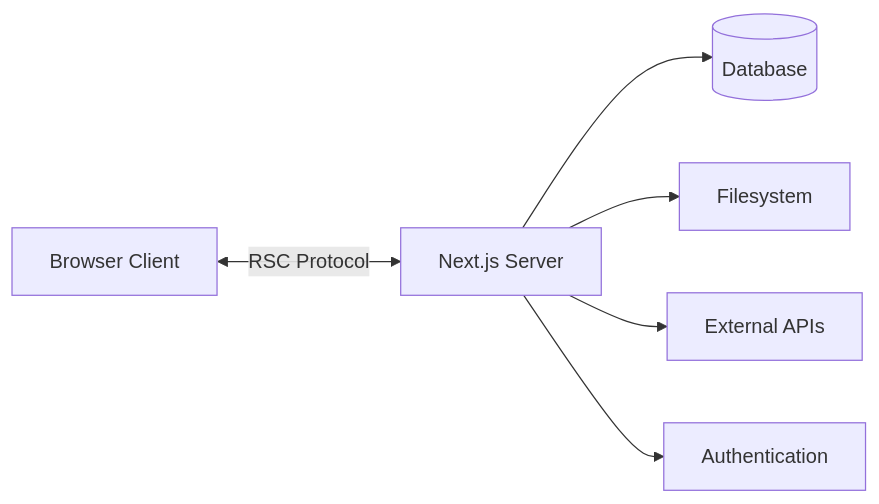
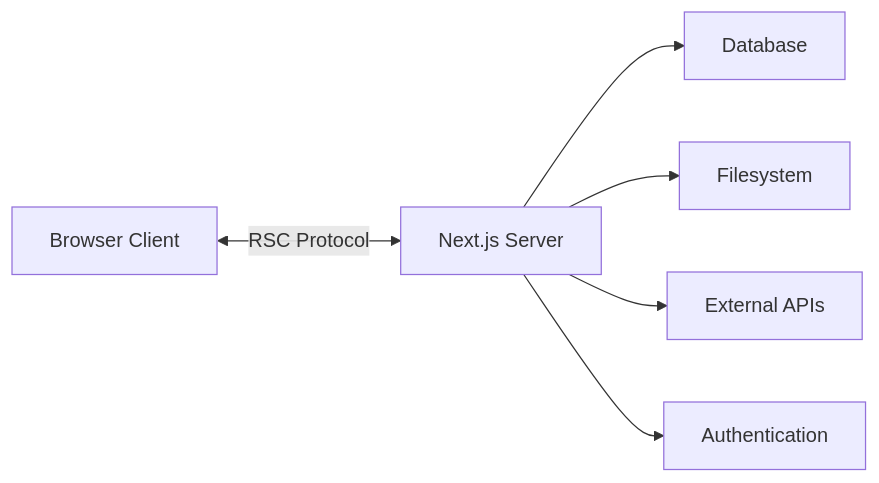
Before and after one commit to seanwhs/Tutorials: the second of 12 diagrams in NextJS/Next-JS-Tutorial/Articles/Modern-Client-Server-Architecture.md, drawn with Mermaid. The commit also changed other lines of this file, not shown here.

````diff
--- a/NextJS/Next-JS-Tutorial/Articles/Modern-Client-Server-Architecture.md
+++ b/NextJS/Next-JS-Tutorial/Articles/Modern-Client-Server-Architecture.md
@@ -40,11 +43,16 @@
 ```mermaid
 graph LR
+    CLIENT[Browser Client]
+    SERVER[Next.js Server]
+    DB[Database]
+    FS[Filesystem]
+    EXT[External APIs]
+    AUTH[Authentication]
 
-A[Browser Client]
-    <-->|RSC Protocol| B[Next.js Server]
+    CLIENT <-->|RSC Protocol| SERVER
 
-B --> C[(Database)]
-B --> D[Filesystem]
-B --> E[External APIs]
-B --> F[Authentication]
+    SERVER --> DB
+    SERVER --> FS
+    SERVER --> EXT
+    SERVER --> AUTH
 ```
````
